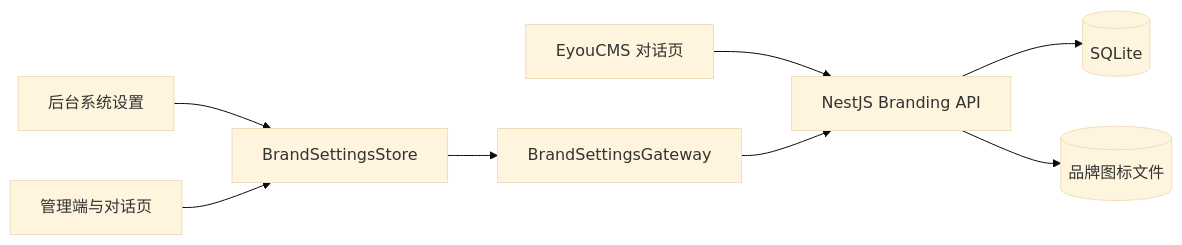
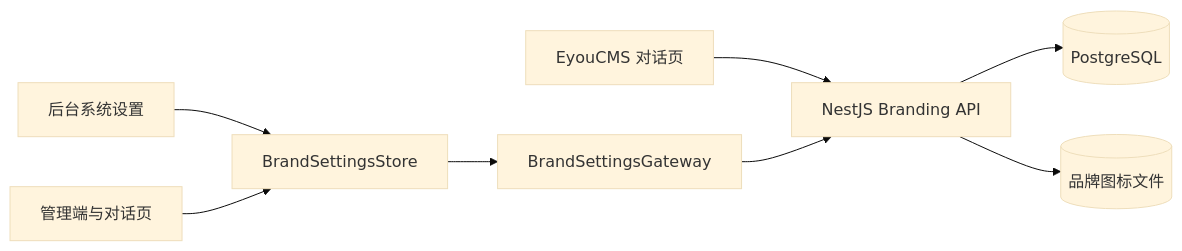
The diagram in docs/modules/branding.md (yiting001/agent), drawn with Mermaid (base theme) before and after one commit. The commit also changed other lines of this file and 97 other files, not shown here.

````diff
--- a/docs/modules/branding.md
+++ b/docs/modules/branding.md
@@ -32,10 +32,10 @@
 ```mermaid
 flowchart LR
   Settings[后台系统设置] --> Store[BrandSettingsStore]
   App[管理端与对话页] --> Store
   Eyou[EyouCMS 对话页] --> API
   Store --> Gateway[BrandSettingsGateway]
   Gateway --> API[NestJS Branding API]
-  API --> SQLite[(SQLite)]
+  API --> PostgreSQL[(PostgreSQL)]
   API --> Files[(品牌图标文件)]
 ```
````
